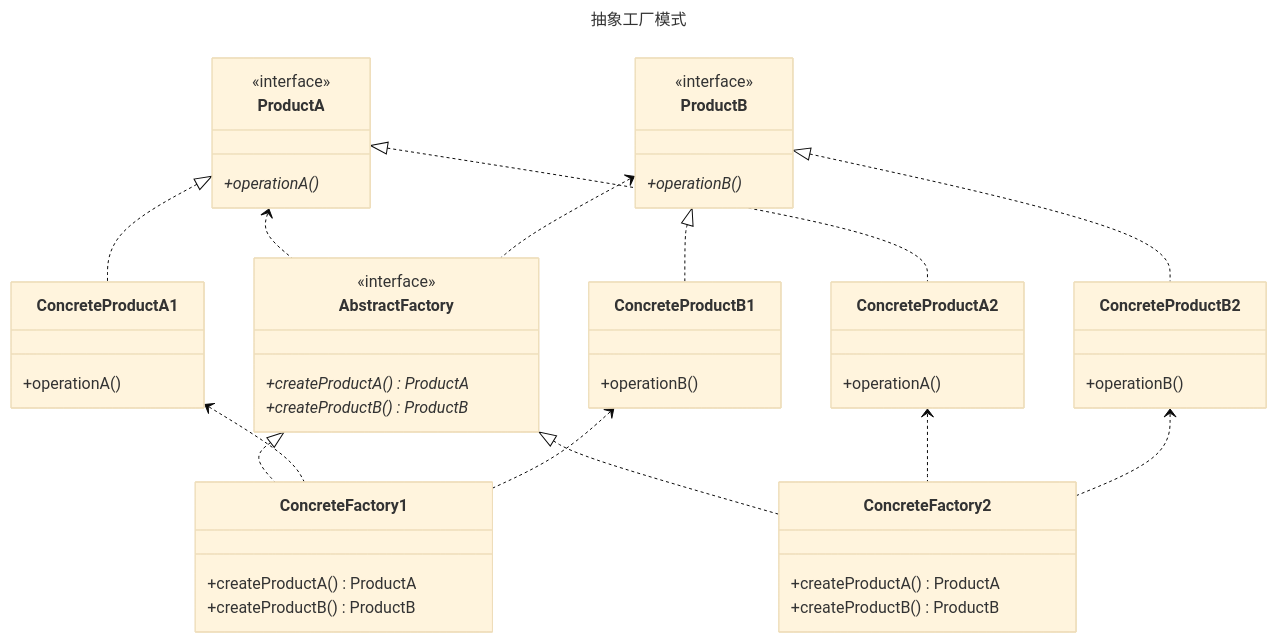
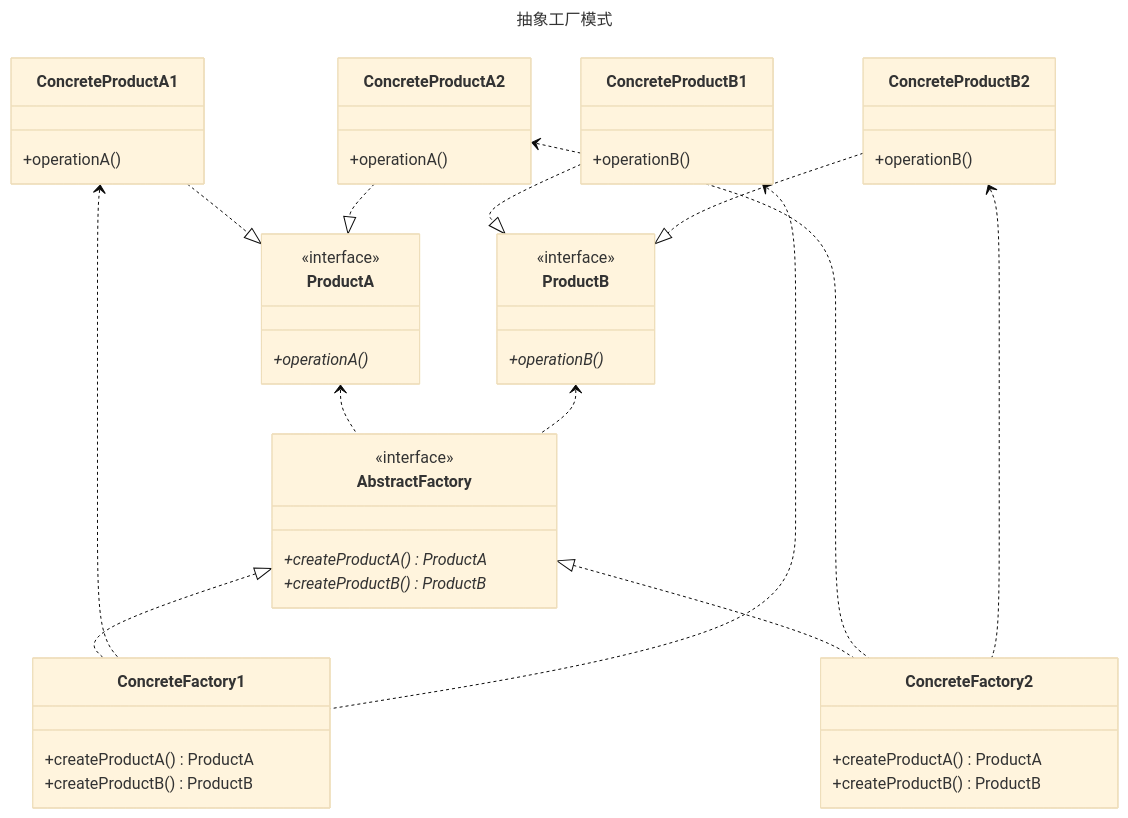
Before and after one commit to fengyun89/typescript-design-patterns: the diagram in abstract-factory/README.md, drawn with Mermaid (base theme). The commit also changed 2 other files, not shown here.

Commit message:
抽象工厂类图style

````diff
--- a/abstract-factory/README.md
+++ b/abstract-factory/README.md
@@ -1,51 +1,51 @@
 ```mermaid
 ---
 title: 抽象工厂模式
 ---
 classDiagram
     class ProductA {
         <<interface>>
         +operationA()*
     }
     class ConcreteProductA1 {
         +operationA()
     }
     class ConcreteProductA2 {
         +operationA()
     }
     class ProductB {
         <<interface>>
         +operationB()*
     }
     class ConcreteProductB1 {
         +operationB()
     }
     class ConcreteProductB2 {
         +operationB()
     }
     class AbstractFactory {
         <<interface>>
         +createProductA()* ProductA
         +createProductB()* ProductB
     }
     class ConcreteFactory1 {
         +createProductA() ProductA
         +createProductB() ProductB
     }
     class ConcreteFactory2 {
         +createProductA() ProductA
         +createProductB() ProductB
     }
-    ProductA <|.. ConcreteProductA1
-    ProductA <|.. ConcreteProductA2 
-    ProductB <|.. ConcreteProductB1 
-    ProductB <|.. ConcreteProductB2 
+    ConcreteProductA1 ..|> ProductA
+    ConcreteProductA2 ..|> ProductA
+    ConcreteProductB1 ..|> ProductB
+    ConcreteProductB2 ..|> ProductB
+    ProductA <.. AbstractFactory
+    ProductB <.. AbstractFactory
     AbstractFactory <|.. ConcreteFactory1
     AbstractFactory <|.. ConcreteFactory2
-    ProductA <.. AbstractFactory
-    ProductB <.. AbstractFactory
     ConcreteProductA1 <.. ConcreteFactory1
     ConcreteProductB1 <.. ConcreteFactory1
     ConcreteProductA2 <.. ConcreteFactory2
     ConcreteProductB2 <.. ConcreteFactory2
 ```
````
